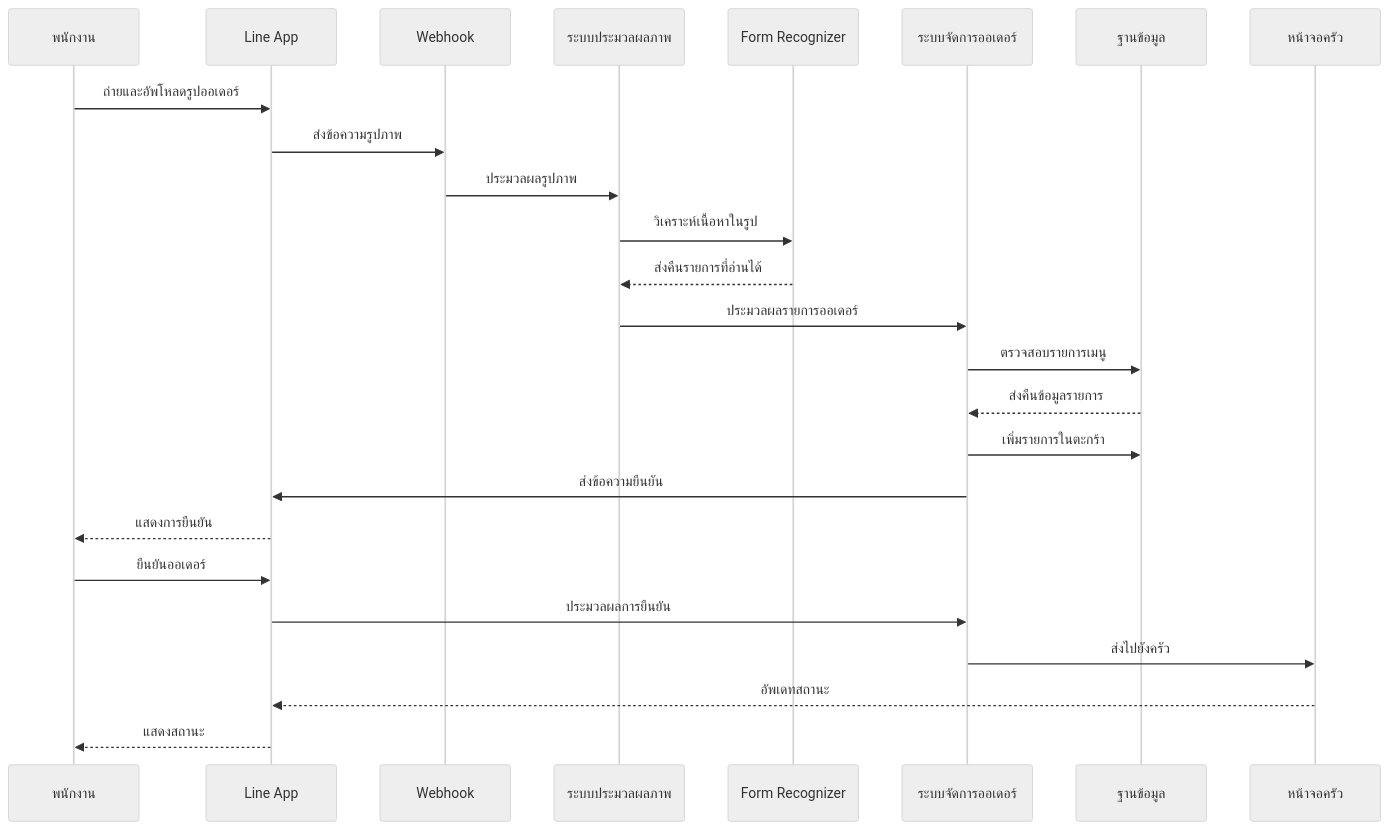
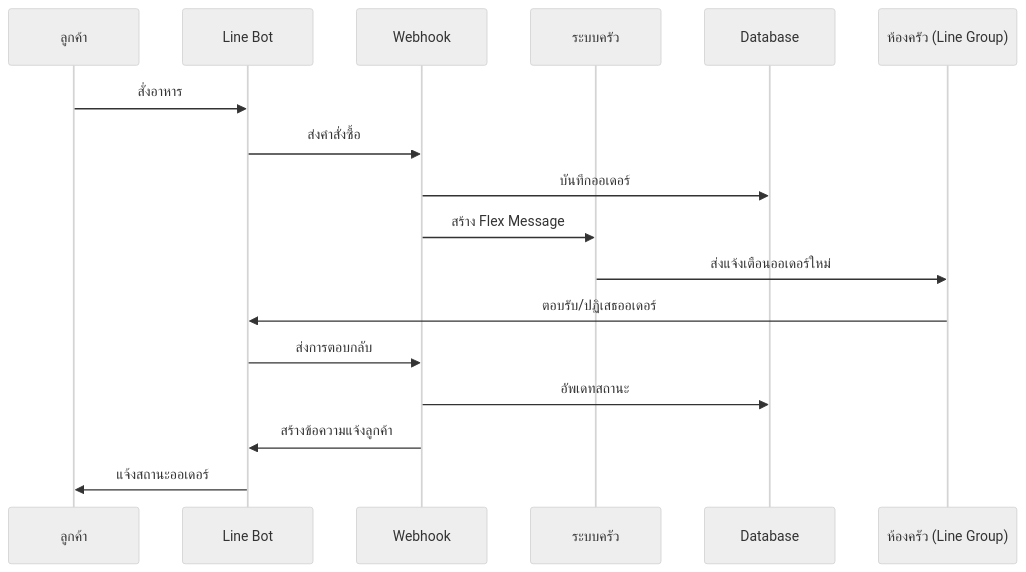
One commit to supagonava/gpt_course_restaurant_agent changed the third of 3 diagrams in 4.การประมวลผลเอกสารด้วย Azure Form Recognizer.md. Above: the diagram before and after it, drawn with Mermaid (neutral theme). The commit also changed other lines of this file and 3 other files, not shown here.

````diff
--- a/4.การประมวลผลเอกสารด้วย Azure Form Recognizer.md
+++ b/4.การประมวลผลเอกสารด้วย Azure Form Recognizer.md
@@ -601,28 +395,21 @@
 ```mermaid
 sequenceDiagram
-    participant S as พนักงาน
-    participant L as Line App
+    participant C as ลูกค้า
+    participant L as Line Bot
     participant W as Webhook
-    participant I as ระบบประมวลผลภาพ
-    participant FR as Form Recognizer
-    participant O as ระบบจัดการออเดอร์
-    participant DB as ฐานข้อมูล
-    participant K as หน้าจอครัว
+    participant K as ระบบครัว
+    participant D as Database
+    participant KG as ห้องครัว (Line Group)
 
-    S->>L: ถ่ายและอัพโหลดรูปออเดอร์
-    L->>W: ส่งข้อความรูปภาพ
-    W->>I: ประมวลผลรูปภาพ
-    I->>FR: วิเคราะห์เนื้อหาในรูป
-    FR-->>I: ส่งคืนรายการที่อ่านได้
-    I->>O: ประมวลผลรายการออเดอร์
-    O->>DB: ตรวจสอบรายการเมนู
-    DB-->>O: ส่งคืนข้อมูลรายการ
-    O->>DB: เพิ่มรายการในตะกร้า
-    O->>L: ส่งข้อความยืนยัน
-    L-->>S: แสดงการยืนยัน
-    S->>L: ยืนยันออเดอร์
-    L->>O: ประมวลผลการยืนยัน
-    O->>K: ส่งไปยังครัว
-    K-->>L: อัพเดทสถานะ
-    L-->>S: แสดงสถานะ
+    C->>L: สั่งอาหาร
+    L->>W: ส่งคำสั่งซื้อ
+    W->>D: บันทึกออเดอร์
+    W->>K: สร้าง Flex Message
+    K->>KG: ส่งแจ้งเตือนออเดอร์ใหม่
+
+    KG->>L: ตอบรับ/ปฏิเสธออเดอร์
+    L->>W: ส่งการตอบกลับ
+    W->>D: อัพเดทสถานะ
+    W->>L: สร้างข้อความแจ้งลูกค้า
+    L->>C: แจ้งสถานะออเดอร์
 ```
````
